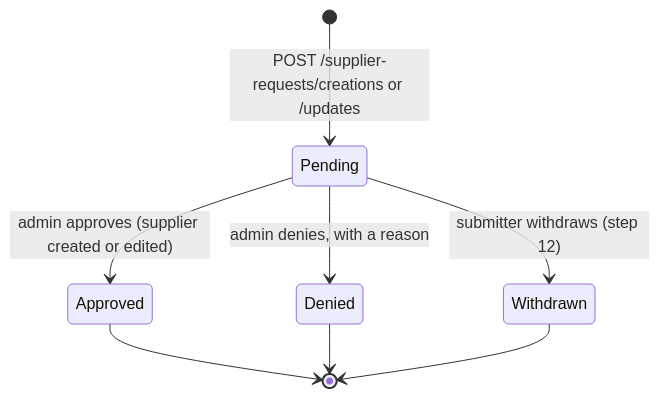
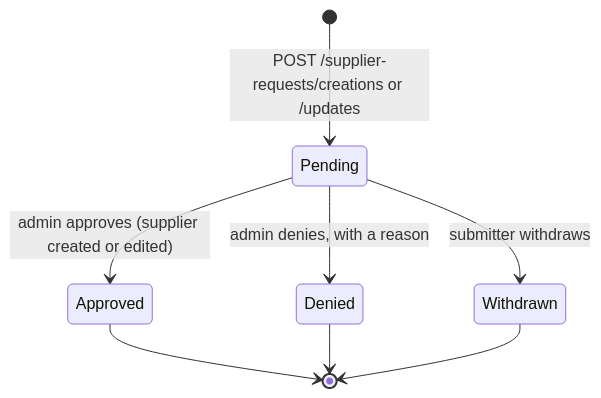
The fourth of 4 diagrams in supplier-service/README.md (AY2627S1-CS3219-P27/FoC), drawn with Mermaid before and after one commit. The commit also changed other lines of this file and 2 other files, not shown here.

````diff
--- a/supplier-service/README.md
+++ b/supplier-service/README.md
@@ -481,10 +484,10 @@
 ```mermaid
 stateDiagram-v2
     [*] --> Pending: POST /supplier-requests/creations or /updates
     Pending --> Approved: admin approves (supplier created or edited)
     Pending --> Denied: admin denies, with a reason
-    Pending --> Withdrawn: submitter withdraws (step 12)
+    Pending --> Withdrawn: submitter withdraws
     Approved --> [*]
     Denied --> [*]
     Withdrawn --> [*]
 ```
````
